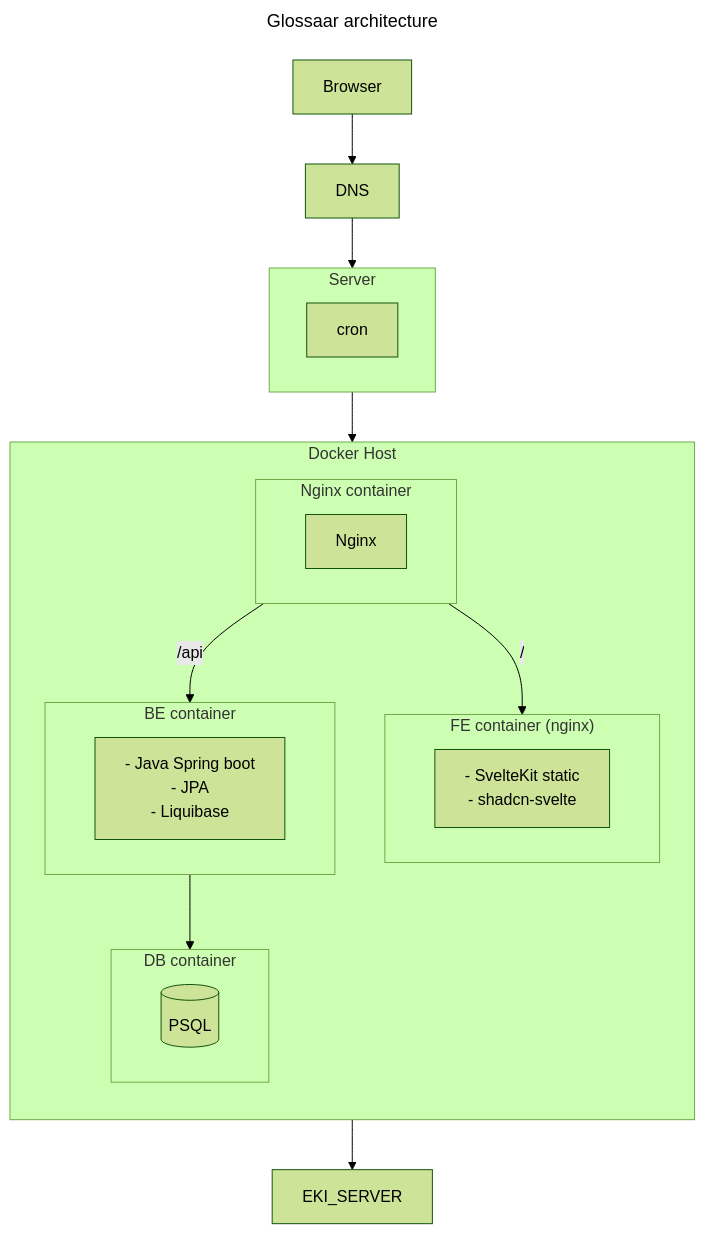
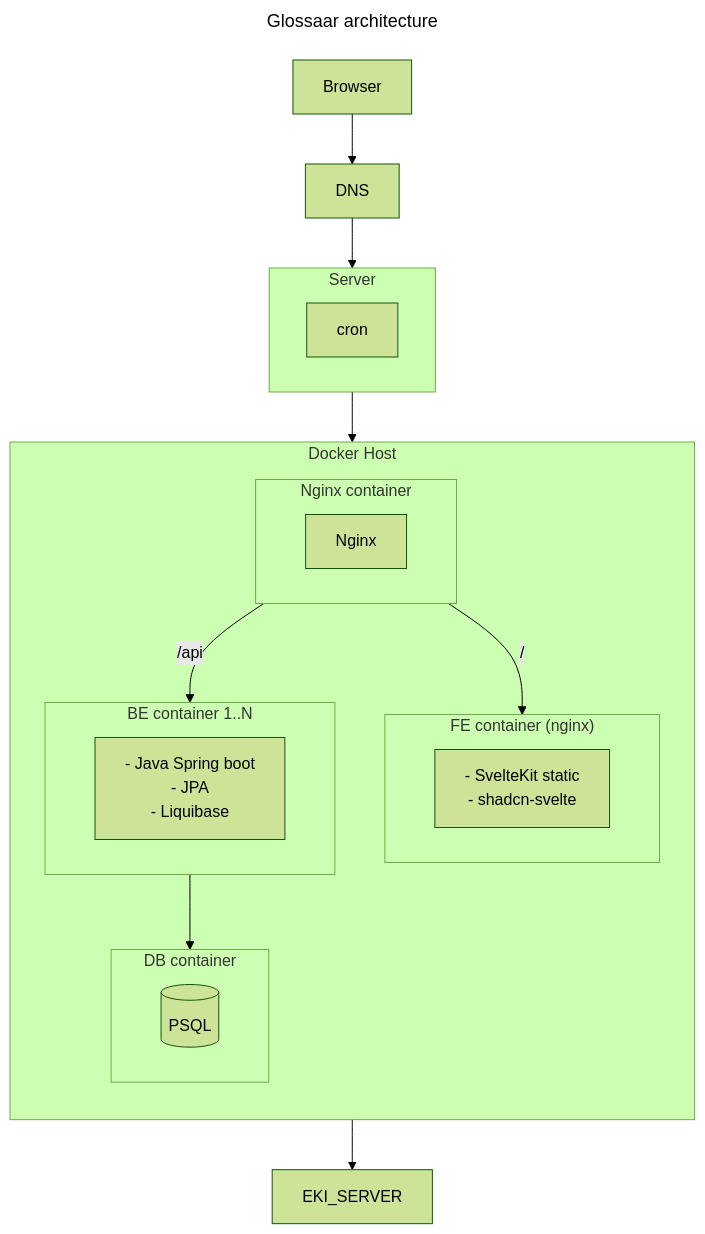
Before and after one commit to taltech-vanemarendajaks/team-01-glossaar: the diagram in architecture.mermaid, drawn with Mermaid (forest theme).

Commit message:
add mulitple containers

```diff
--- a/architecture.mermaid
+++ b/architecture.mermaid
@@ -1,48 +1,47 @@
 ---
 title: Glossaar architecture
 ---
 
 flowchart TB
     Browser --> DNS
 	DNS --> Server
     Server --> DockerHost
 	NginxContainer -->|/api| BeContainer
 	NginxContainer -->|/| FeContainer
 
 	BeContainer --> DbContainer
 	BeContainer --> EKI_SERVER
 
 	subgraph Server
 		cron
 	end
 
 	subgraph DockerHost["Docker Host"]
 		direction TB
 
 		subgraph NginxContainer["Nginx container"]
 			Nginx
 		end
 
-		subgraph BeContainer["BE container"]
+		subgraph BeContainer["BE container 1..N"]
 			Be[
 				- Java Spring boot
 				- JPA
 				- Liquibase
 			]
 		end
 
 		subgraph FeContainer["FE container (nginx)"]
 			Fe[
 				- SvelteKit static
 				- shadcn-svelte
 			]
 		end
 
 		subgraph DbContainer["DB container"]
 			DB[(PSQL)]
 		end
 	end
 
-%% TODO: add multiple BE containers, if applies
 %% TODO: add monitoring, if applies
 %% TODO: add replica db logic, if applies
```
